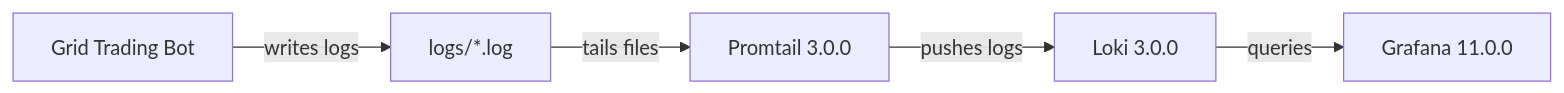
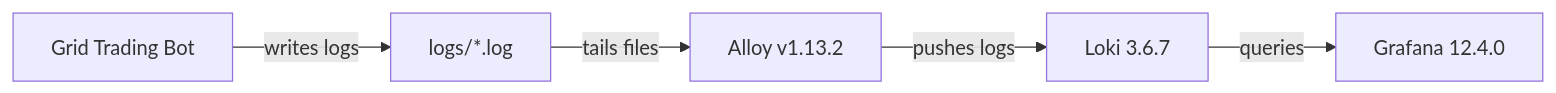
Before and after one commit to jordantete/grid_trading_bot: the diagram in docs/monitoring/setup.md, drawn with Mermaid. The commit also changed other lines of this file and 10 other files, not shown here.

Commit message:
chore: fix grafana dashboard and replace promtail with alloy. Upgrade grafana and loki versions

````diff
--- a/docs/monitoring/setup.md
+++ b/docs/monitoring/setup.md
@@ -7,7 +7,7 @@
 ```mermaid
 flowchart LR
     Bot["Grid Trading Bot"] -->|writes logs| Logs["logs/*.log"]
-    Logs -->|tails files| Promtail["Promtail 3.0.0"]
-    Promtail -->|pushes logs| Loki["Loki 3.0.0"]
-    Loki -->|queries| Grafana["Grafana 11.0.0"]
+    Logs -->|tails files| Alloy["Alloy v1.13.2"]
+    Alloy -->|pushes logs| Loki["Loki 3.6.7"]
+    Loki -->|queries| Grafana["Grafana 12.4.0"]
 ```
````
